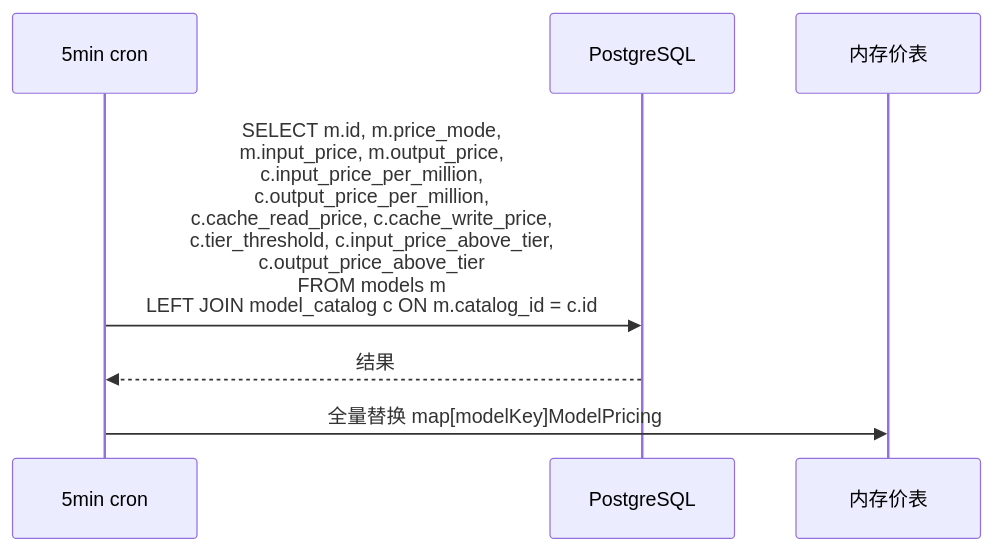
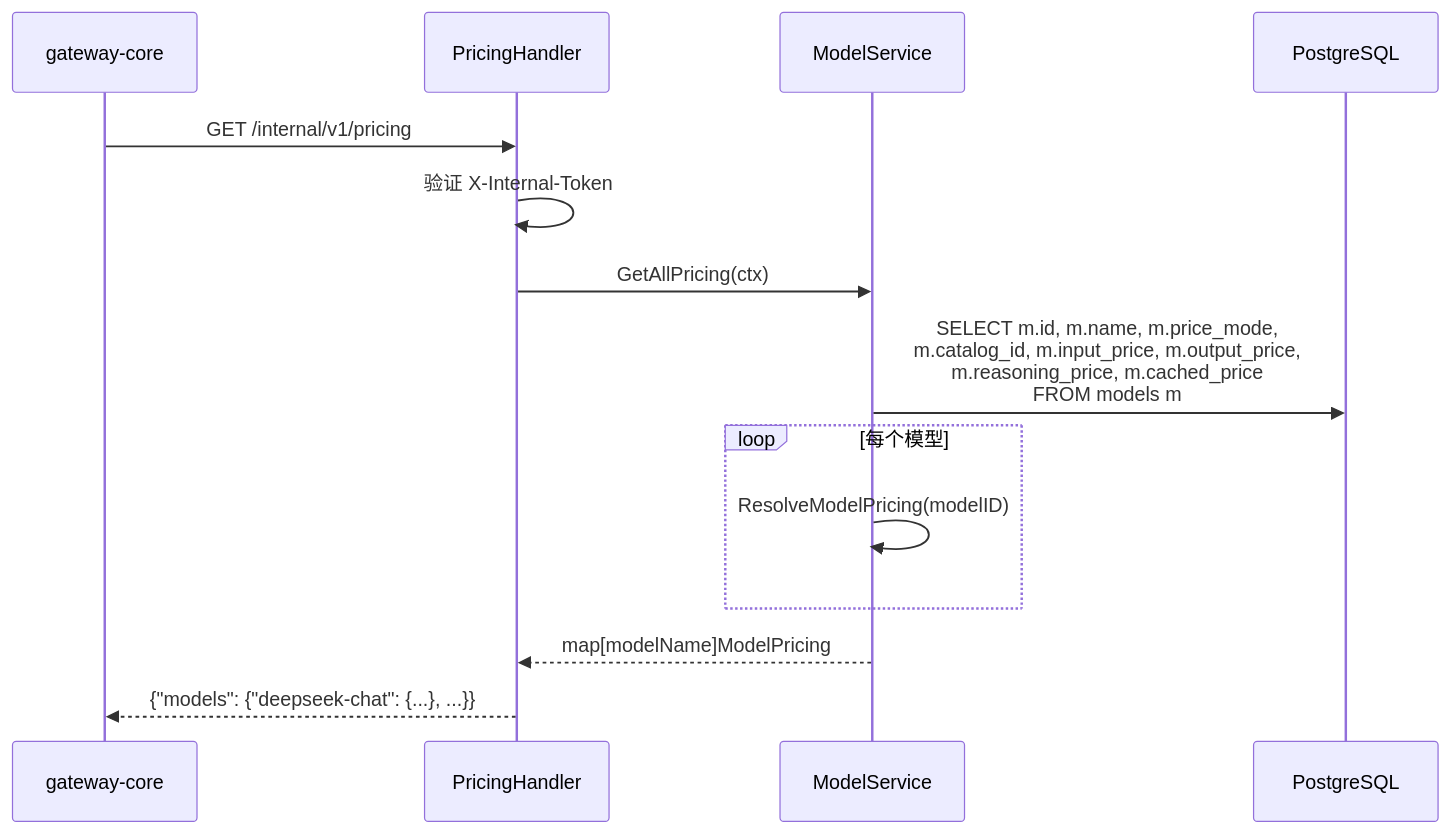
One commit to achieve-jsy/llm-gateway changed the third of 3 diagrams in xspec/changes/control-plane/design.delta.md. Above: the diagram before and after it, drawn with Mermaid. The commit also changed other lines of this file and 236 other files, not shown here.

````diff
--- a/xspec/changes/control-plane/design.delta.md
+++ b/xspec/changes/control-plane/design.delta.md
@@ -35,10 +162,20 @@
 ```mermaid
 sequenceDiagram
-    participant CRON as 5min cron
-    participant DB as PostgreSQL
-    participant MEM as 内存价表
+    participant GW as gateway-core
+    participant H as PricingHandler
+    participant SVC as ModelService
+    participant PG as PostgreSQL
 
-    CRON->>DB: SELECT m.id, m.price_mode,<br/>m.input_price, m.output_price,<br/>c.input_price_per_million,<br/>c.output_price_per_million,<br/>c.cache_read_price, c.cache_write_price,<br/>c.tier_threshold, c.input_price_above_tier,<br/>c.output_price_above_tier<br/>FROM models m<br/>LEFT JOIN model_catalog c ON m.catalog_id = c.id
-    DB-->>CRON: 结果
-    CRON->>MEM: 全量替换 map[modelKey]ModelPricing
+    GW->>H: GET /internal/v1/pricing
+    H->>H: 验证 X-Internal-Token
+
+    H->>SVC: GetAllPricing(ctx)
+    SVC->>PG: SELECT m.id, m.name, m.price_mode,<br>m.catalog_id, m.input_price, m.output_price,<br>m.reasoning_price, m.cached_price<br>FROM models m
+
+    loop 每个模型
+        SVC->>SVC: ResolveModelPricing(modelID)
+    end
+
+    SVC-->>H: map[modelName]ModelPricing
+    H-->>GW: {"models": {"deepseek-chat": {...}, ...}}
 ```
````
